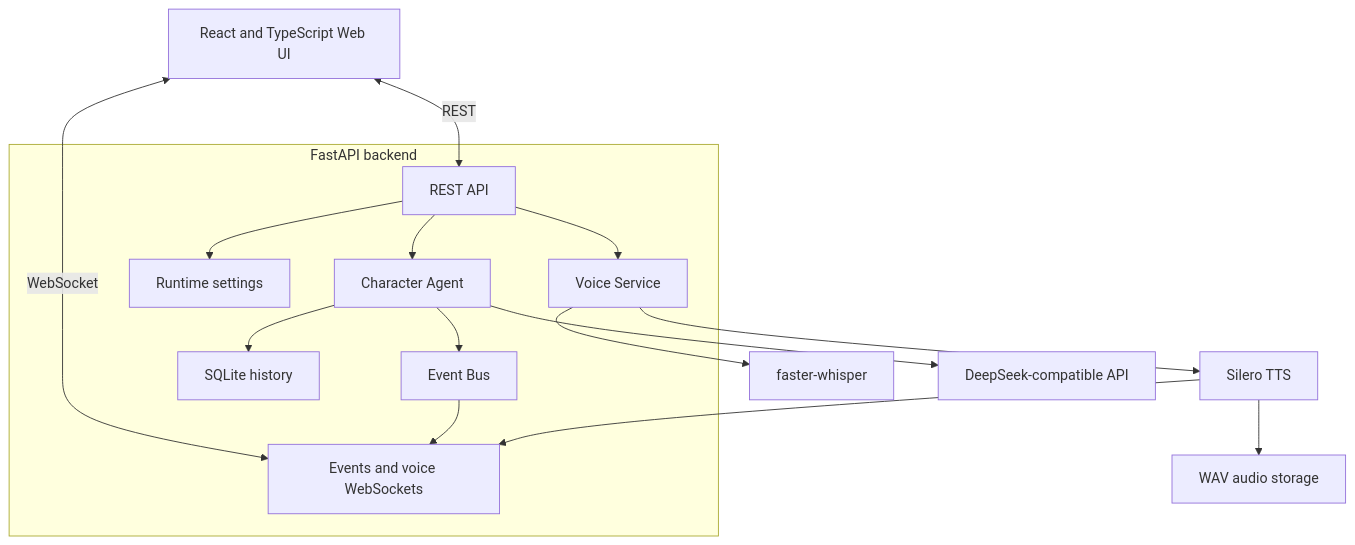
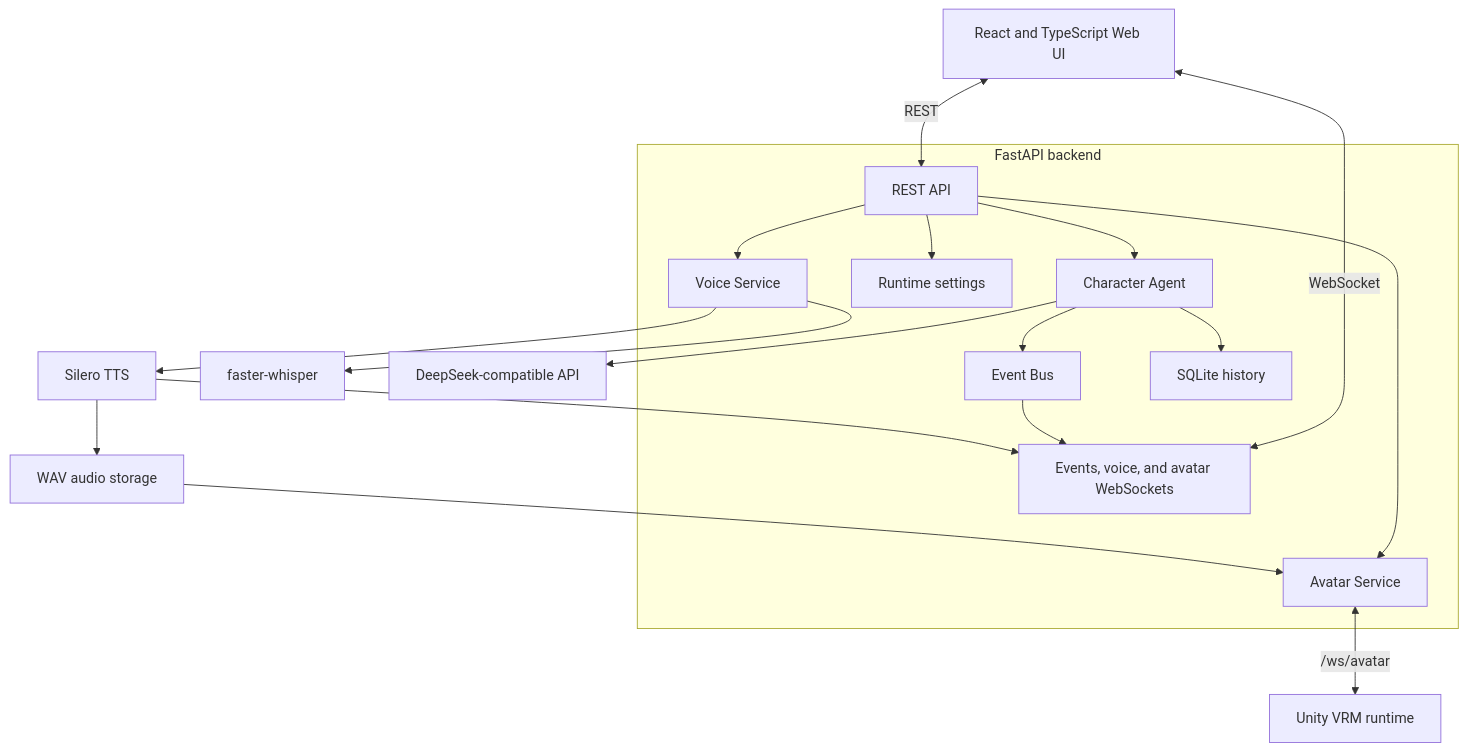
Before and after one commit to bad1and/NeuroAsist: the second of 2 diagrams in README.md, drawn with Mermaid. The commit also changed other lines of this file and 3 other files, not shown here.

````diff
--- a/README.md
+++ b/README.md
@@ -285,33 +293,38 @@
 ```mermaid
 flowchart TB
     UI[React and TypeScript Web UI]
 
     subgraph Backend[FastAPI backend]
         API[REST API]
-        WS[Events and voice WebSockets]
+        WS[Events, voice, and avatar WebSockets]
         Agent[Character Agent]
         Runtime[Runtime settings]
         Events[Event Bus]
         Voice[Voice Service]
+        Avatar[Avatar Service]
         History[SQLite history]
     end
 
     STT[faster-whisper]
     LLM[DeepSeek-compatible API]
     TTS[Silero TTS]
     Audio[WAV audio storage]
+    Unity[Unity VRM runtime]
 
     UI <-->|REST| API
     UI <-->|WebSocket| WS
     API --> Agent
     API --> Voice
     API --> Runtime
+    API --> Avatar
     Agent --> History
     Agent --> LLM
     Agent --> Events
     Voice --> STT
     Voice --> TTS
     TTS --> Audio
+    Audio --> Avatar
+    Avatar <-->|/ws/avatar| Unity
     Events --> WS
     TTS --> WS
 ```
````
